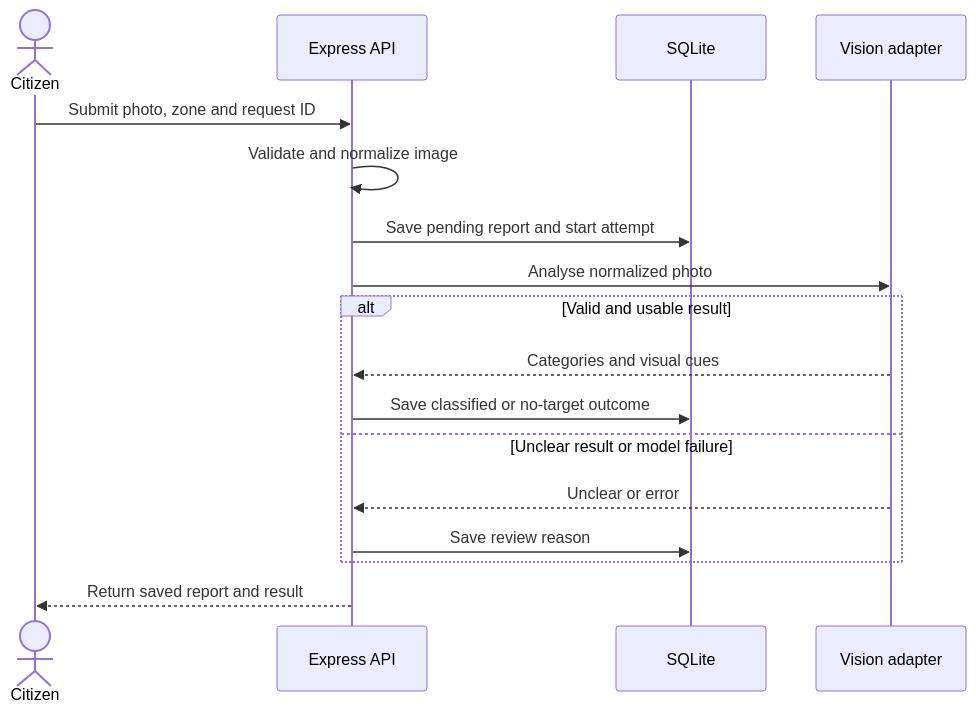
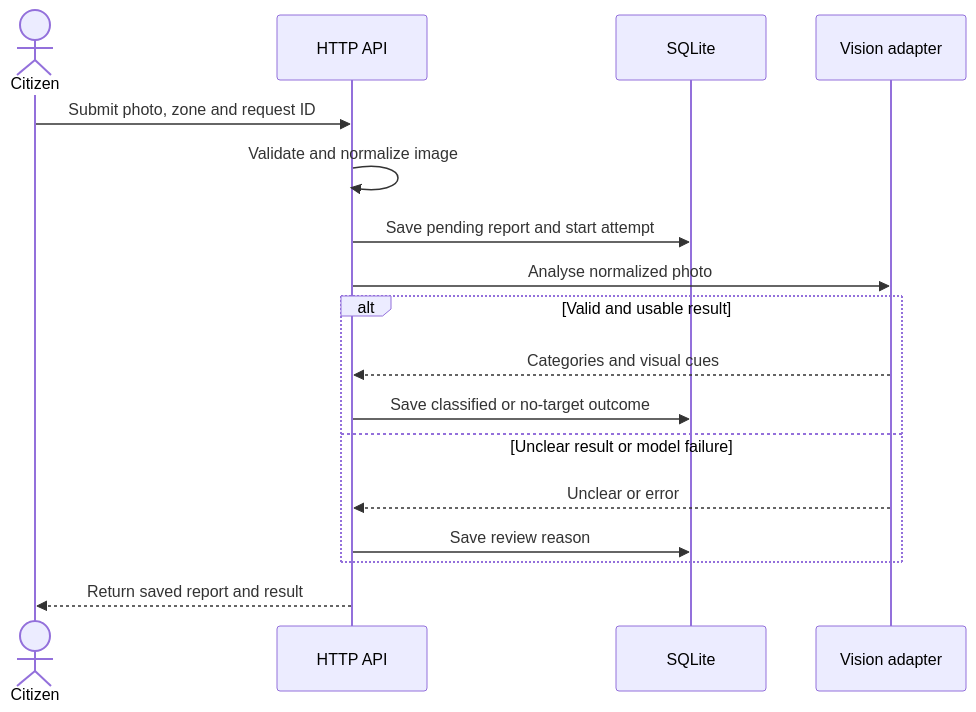
Before and after one commit to BagaaBhai28/JalNetra: the second of 3 diagrams in docs/ARCHITECTURE.md, drawn with Mermaid. The commit also changed other lines of this file and 11 other files, not shown here.

````diff
--- a/docs/ARCHITECTURE.md
+++ b/docs/ARCHITECTURE.md
@@ -35,19 +35,19 @@
 ```mermaid
 sequenceDiagram
     actor Citizen
-    participant API as Express API
+    participant API as HTTP API
     participant Store as SQLite
     participant Vision as Vision adapter
     Citizen->>API: Submit photo, zone and request ID
     API->>API: Validate and normalize image
     API->>Store: Save pending report and start attempt
     API->>Vision: Analyse normalized photo
     alt Valid and usable result
         Vision-->>API: Categories and visual cues
         API->>Store: Save classified or no-target outcome
     else Unclear result or model failure
         Vision-->>API: Unclear or error
         API->>Store: Save review reason
     end
     API-->>Citizen: Return saved report and result
 ```
````
